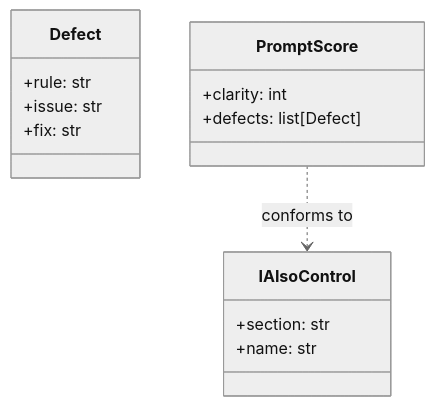
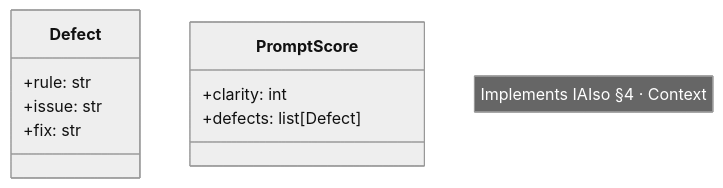
Before and after one commit to SmartTasksOrg/sf-smartprompt: the first of 2 diagrams in README.md, drawn with Mermaid (neutral theme). The commit also changed other lines of this file and 1 other file, not shown here.

First line of the commit message:
Family list and diagrams from family.json; UML matches the code

````diff
--- a/README.md
+++ b/README.md
@@ -84,17 +84,13 @@
 ```mermaid
 classDiagram
     class Defect {
       +rule: str
       +issue: str
       +fix: str
     }
     class PromptScore {
       +clarity: int
       +defects: list[Defect]
     }
-    class IAIsoControl {
-      +section: str
-      +name: str
-    }
-    PromptScore ..> IAIsoControl : conforms to
+    note "Implements IAIso §4 · Context"
 ```
````
